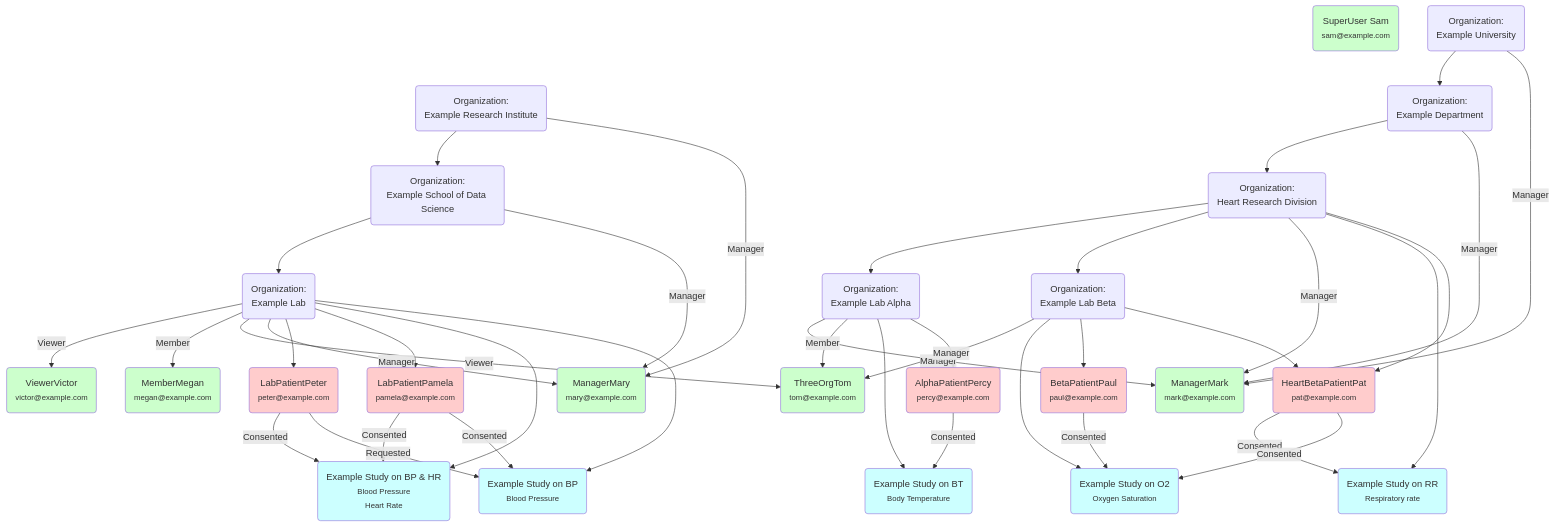
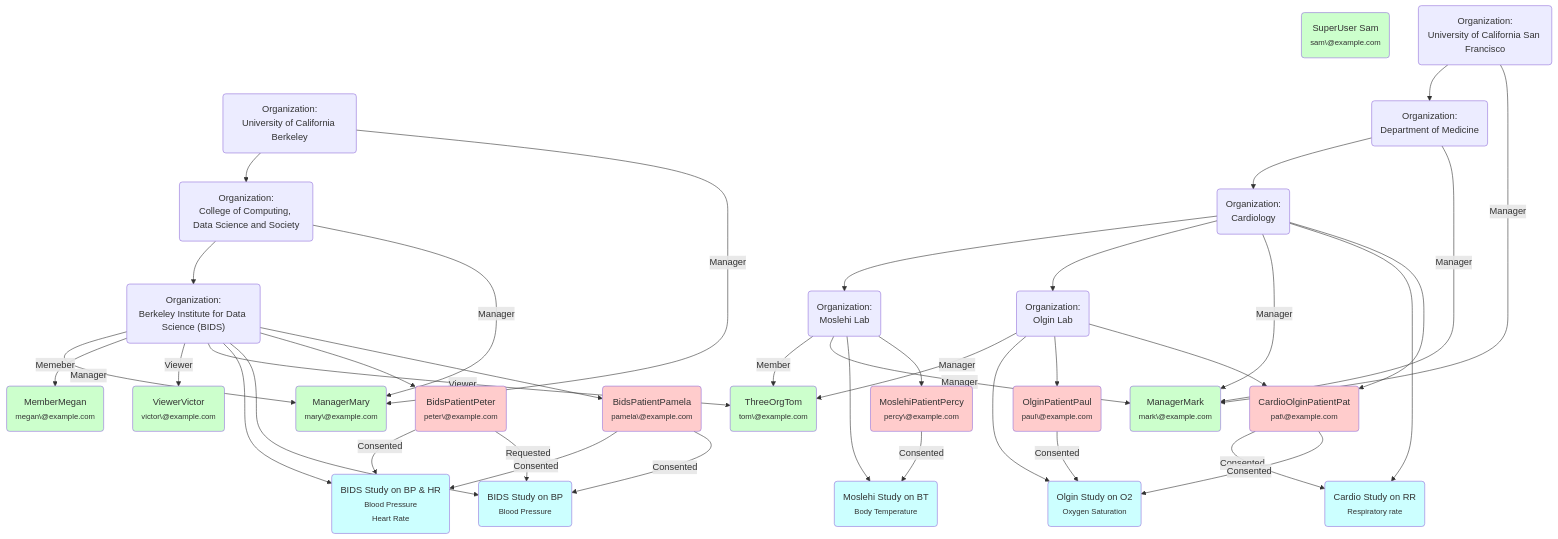
The first of 2 diagrams in README.md (jupyterhealth/jupyterhealth-exchange), drawn with Mermaid before and after one commit. The commit also changed other lines of this file, not shown here.

Commit message:
docs: update README with Bruno collection setup

````diff
--- a/README.md
+++ b/README.md
@@ -179,101 +179,75 @@
 ```mermaid
----
-config:
-  flowchart:
-    nodeSpacing: 50
-    rankSpacing: 60
----
 flowchart TD
-    %% node definitions
-    sam("SuperUser Sam<br/><small>sam@example.com</small>")
-    eri("Organization:<br/>Example Research Institute")
-    esds("Organization:<br/>Example School of Data Science")
-    eglab("Organization:<br/>Example Lab")
-    victor("ViewerVictor<br/><small>victor@example.com</small>")
-    megan("MemberMegan<br/><small>megan@example.com</small>")
-    mary("ManagerMary<br/><small>mary@example.com</small>")
-    tom("ThreeOrgTom<br/><small>tom@example.com</small>")
-    exStudyOnBPHR("Example Study on BP & HR<br/><small>Blood Pressure<br/>Heart Rate</small>")
-    exStudyOnBP("Example Study on BP<br/><small>Blood Pressure</small>")
-    peter("LabPatientPeter<br/><small>peter@example.com</small>")
-    pamela("LabPatientPamela<br/><small>pamela@example.com</small>")
-    eguni("Organization:<br/>Example University")
-    med("Organization:<br/>Example Department")
-    cardio("Organization:<br/>Heart Research Division")
-    mosl("Organization:<br/>Example Lab Alpha")
-    beta("Organization:<br/>Example Lab Beta")
-    mark("ManagerMark<br/><small>mark@example.com</small>")
-    exStudyOnRR("Example Study on RR<br/><small>Respiratory rate</small>")
-    exStudyOnBT("Example Study on BT<br/><small>Body Temperature</small>")
-    exStudyOnO2("Example Study on O2<br/><small>Oxygen Saturation</small>")
-    percy("AlphaPatientPercy<br/><small>percy@example.com</small>")
-    paul("BetaPatientPaul<br/><small>paul@example.com</small>")
-    pat("HeartBetaPatientPat<br/><small>pat@example.com</small>")
+    sam("SuperUser Sam<br/><small>sam\@example.com</small>")
+    style sam fill:#CFC
 
-    %% styles
-    style sam fill:#CFC
+    %% berkeley
+    ucb("Organization:<br/>University of California Berkeley") --> ccdss("Organization:<br/>College of Computing, Data Science and Society")
+    ccdss --> bids("Organization:<br/>Berkeley Institute for Data Science (BIDS)")
+
+    %% berkeley users
+    ucb --Manager--> mary("ManagerMary<br/><small>mary\@example.com</small>")
     style mary fill:#CFC
+    ccdss --Manager--> mary
+    bids --Manager--> mary
+    bids --Memeber--> megan("MemberMegan<br/><small>megan\@example.com</small>")
     style megan fill:#CFC
+    bids --Viewer--> victor("ViewerVictor<br/><small>victor\@example.com</small>")
     style victor fill:#CFC
+    tom("ThreeOrgTom<br/><small>tom\@example.com</small>")
+    bids --Viewer--> tom
     style tom fill:#CFC
+
+    %% berkeley studies
+    bids --> bidsStudyOnBPHR("BIDS Study on BP & HR<br/><small>Blood Pressure<br/>Heart Rate</small>")
+    style bidsStudyOnBPHR fill:#CFF
+    bids --> bidsStudyOnBP("BIDS Study on BP<br/><small>Blood Pressure </small>")
+    style bidsStudyOnBP fill:#CFF
+
+    %% berkeley patients
+    bids --> peter("BidsPatientPeter<br/><small>peter\@example.com</small>")
+    style peter fill:#FCC
+    peter --Consented--> bidsStudyOnBPHR
+    peter --Requested--> bidsStudyOnBP
+    pamela("BidsPatientPamela<br/><small>pamela\@example.com</small>")
+    style pamela fill:#FCC
+    bids --> pamela
+    pamela --Consented--> bidsStudyOnBPHR
+    pamela --Consented--> bidsStudyOnBP
+
+    %% ucsf
+    ucsf("Organization:<br/>University of California San Francisco") --> med("Organization:<br/>Department of Medicine")
+    med --> cardio("Organization:<br/>Cardiology")
+    cardio --> moslehi("Organization:<br/>Moslehi Lab")
+    cardio --> olgin("Organization:<br/>Olgin Lab")
+
+    %% ucsf users
+    ucsf --Manager-->mark("ManagerMark<br/><small>mark\@example.com</small>")
     style mark fill:#CFC
-    style exStudyOnBPHR fill:#CFF
-    style exStudyOnBP fill:#CFF
-    style exStudyOnRR fill:#CFF
-    style exStudyOnBT fill:#CFF
-    style exStudyOnO2 fill:#CFF
-    style peter fill:#FCC
-    style pamela fill:#FCC
+    med --Manager--> mark
+    cardio --Manager--> mark
+    moslehi --Member--> tom
+    moslehi --Manager-->mark
+    olgin --Manager--> tom
+
+    %% ucsf studies
+    cardio --> cardioStudyOnRR("Cardio Study on RR<br/><small>Respiratory rate</small>")
+    style cardioStudyOnRR fill:#CFF
+    moslehi --> moslehiStudyOnBT("Moslehi Study on BT<br/><small>Body Temperature</small>")
+    style moslehiStudyOnBT fill:#CFF
+    olgin --> olginStudyOnO2("Olgin Study on O2<br/><small>Oxygen Saturation</small>")
+    style olginStudyOnO2 fill:#CFF
+
+    %% ucsf patients
+    moslehi --> percy("MoslehiPatientPercy<br/><small>percy\@example.com</small>")
     style percy fill:#FCC
+    percy --Consented--> moslehiStudyOnBT
+    olgin --> paul("OlginPatientPaul<br/><small>paul\@example.com</small>")
     style paul fill:#FCC
+    paul --Consented--> olginStudyOnO2
+    cardio --> pat("CardioOlginPatientPat<br/><small>pat\@example.com</small>")
     style pat fill:#FCC
-
-    %% example institute org hierarchy
-    eri --> esds
-    esds --> eglab
-
-    %% example institute user roles
-    eri -- Manager --> mary
-    esds -- Manager --> mary
-    eglab -- Viewer --> victor
-    eglab -- Member --> megan
-    eglab -- Viewer --> tom
-    eglab -- Manager --> mary
-
-    %% example institute studies & patients
-    eglab --> peter
-    eglab --> pamela
-    eglab --> exStudyOnBPHR
-    eglab --> exStudyOnBP
-    peter -- Consented --> exStudyOnBPHR
-    peter -- Requested --> exStudyOnBP
-    pamela -- Consented --> exStudyOnBPHR
-    pamela -- Consented --> exStudyOnBP
-
-    %% example university org hierarchy
-    eguni --> med
-    med --> cardio
-    cardio --> mosl
-    cardio --> beta
-
-    %% example university user roles
-    eguni -- Manager --> mark
-    med -- Manager --> mark
-    cardio -- Manager --> mark
-    mosl -- Manager --> mark
-    mosl -- Member --> tom
-    beta -- Manager --> tom
-
-    %% example university studies & patients
-    cardio --> exStudyOnRR
-    mosl --> exStudyOnBT
-    beta --> exStudyOnO2
-    mosl --> percy
-    beta --> paul
-    cardio --> pat
-    beta --> pat
-    percy -- Consented --> exStudyOnBT
-    paul -- Consented --> exStudyOnO2
-    pat -- Consented --> exStudyOnRR
-    pat -- Consented --> exStudyOnO2
+    pat --Consented--> cardioStudyOnRR
+    pat --Consented--> olginStudyOnO2
+    olgin --> pat
 ```
````
